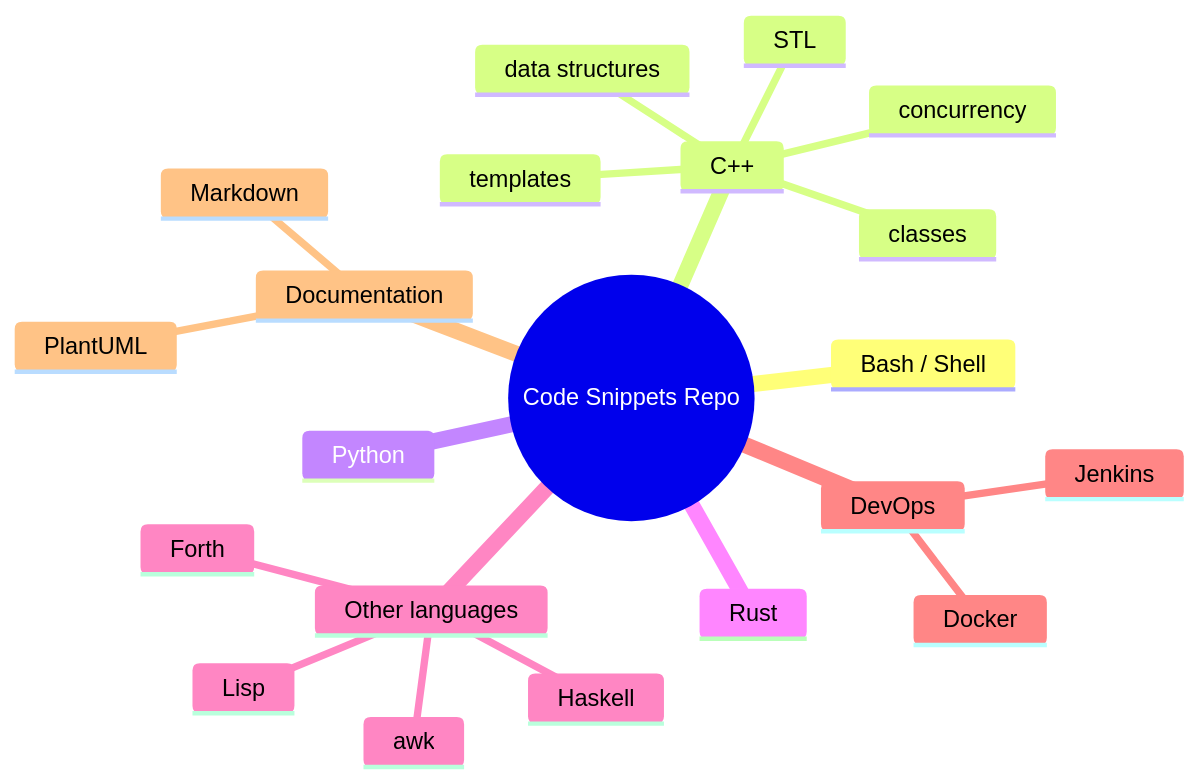
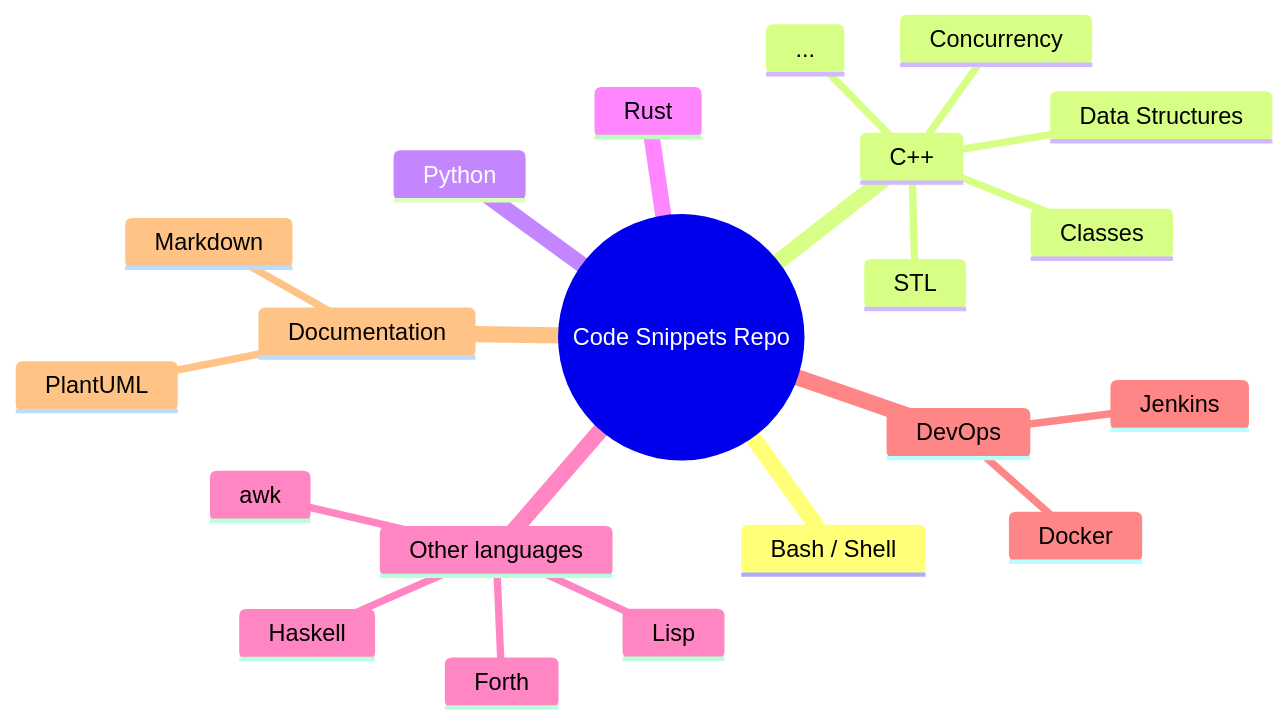
The diagram in README.md (hamajo75/Code-Snippets), drawn with Mermaid before and after one commit. The commit also changed 1 other file, not shown here.

Commit message:
c++ add README.md for std_future and std_async examples

````diff
--- a/README.md
+++ b/README.md
@@ -6,24 +6,24 @@
 ```mermaid
 mindmap
   root((Code Snippets Repo))
     Bash / Shell
     C++
-      classes
-      data structures
-      concurrency
-      templates
+      Classes
+      Data Structures
+      Concurrency
       STL
+      ...
     Python
     Rust
     Other languages
       awk
       Forth
       Haskell
       Lisp
     DevOps
       Docker
       Jenkins
     Documentation
       Markdown
       PlantUML
 ```
````
